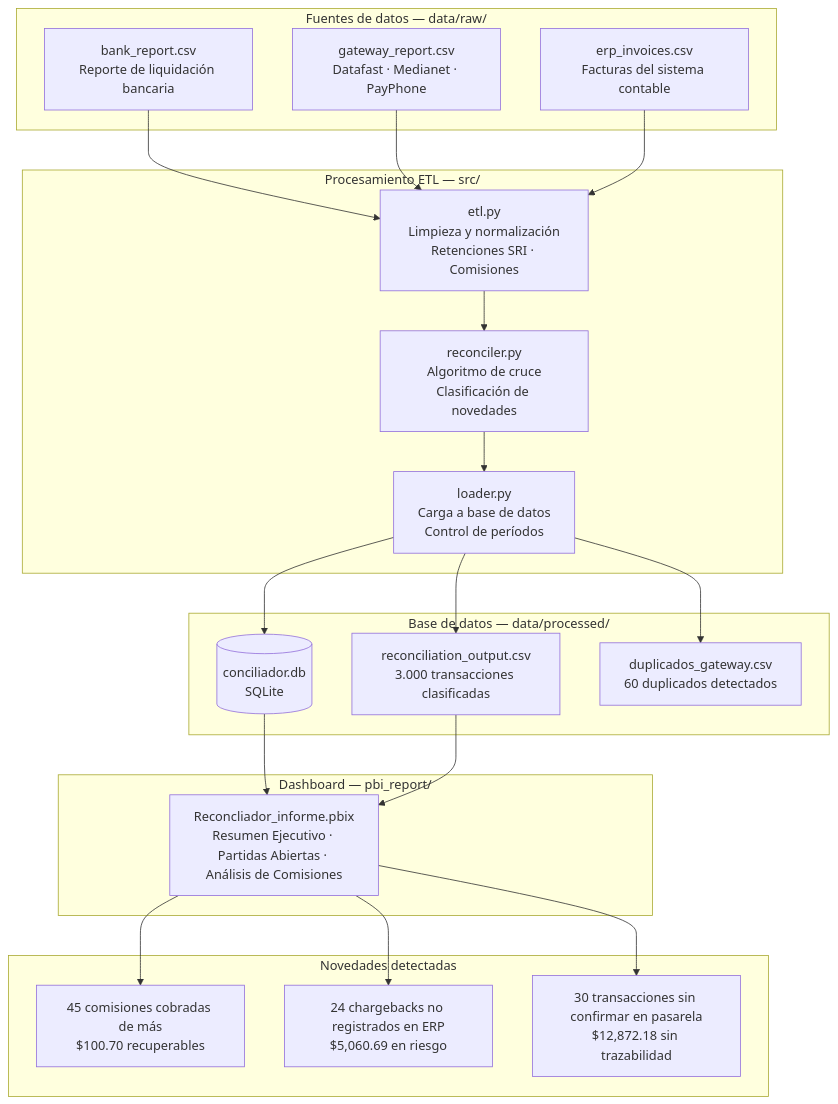
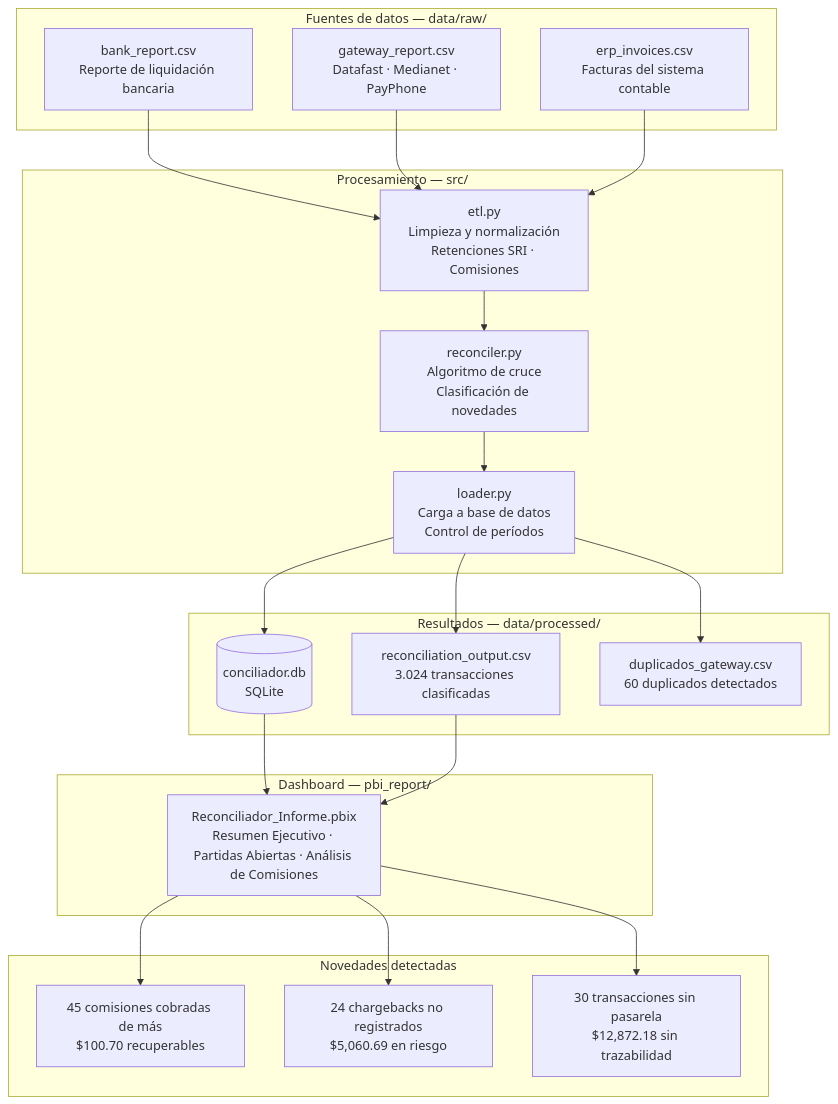
The diagram in Readme.md (Fabricio-BI/Payment-Reconcilier), drawn with Mermaid before and after one commit. The commit also changed other lines of this file, not shown here.

````diff
--- a/Readme.md
+++ b/Readme.md
@@ -34,44 +39,44 @@
 ```mermaid
 flowchart TD
     subgraph FUENTES["Fuentes de datos — data/raw/"]
         A["bank_report.csv\nReporte de liquidación bancaria"]
         B["gateway_report.csv\nDatafast · Medianet · PayPhone"]
         C["erp_invoices.csv\nFacturas del sistema contable"]
     end
 
-    subgraph ETL["Procesamiento ETL — src/"]
+    subgraph ETL["Procesamiento — src/"]
         D["etl.py\nLimpieza y normalización\nRetenciones SRI · Comisiones"]
         E["reconciler.py\nAlgoritmo de cruce\nClasificación de novedades"]
         F["loader.py\nCarga a base de datos\nControl de períodos"]
     end
 
-    subgraph DB["Base de datos — data/processed/"]
+    subgraph DB["Resultados — data/processed/"]
         G[("conciliador.db\nSQLite")]
-        H["reconciliation_output.csv\n3.000 transacciones clasificadas"]
+        H["reconciliation_output.csv\n3.024 transacciones clasificadas"]
         I["duplicados_gateway.csv\n60 duplicados detectados"]
     end
 
-    subgraph DASHBOARD["Dashboard  — pbi_report/"]
-        J["Reconcliador_informe.pbix\nResumen Ejecutivo · Partidas Abiertas · Análisis de Comisiones"]
+    subgraph DASHBOARD["Dashboard — pbi_report/"]
+        J["Reconciliador_Informe.pbix\nResumen Ejecutivo · Partidas Abiertas · Análisis de Comisiones"]
     end
 
     subgraph RESULTADO["Novedades detectadas"]
         K["45 comisiones cobradas de más\n$100.70 recuperables"]
-        L["24 chargebacks no registrados en ERP\n$5,060.69 en riesgo"]
-        M["30 transacciones sin confirmar en pasarela\n$12,872.18 sin trazabilidad"]
+        L["24 chargebacks no registrados\n$5,060.69 en riesgo"]
+        M["30 transacciones sin pasarela\n$12,872.18 sin trazabilidad"]
     end
 
     A --> D
     B --> D
     C --> D
     D --> E
     E --> F
     F --> G
     F --> H
     F --> I
     G --> J
     H --> J
     J --> K
     J --> L
     J --> M
 ```
````
